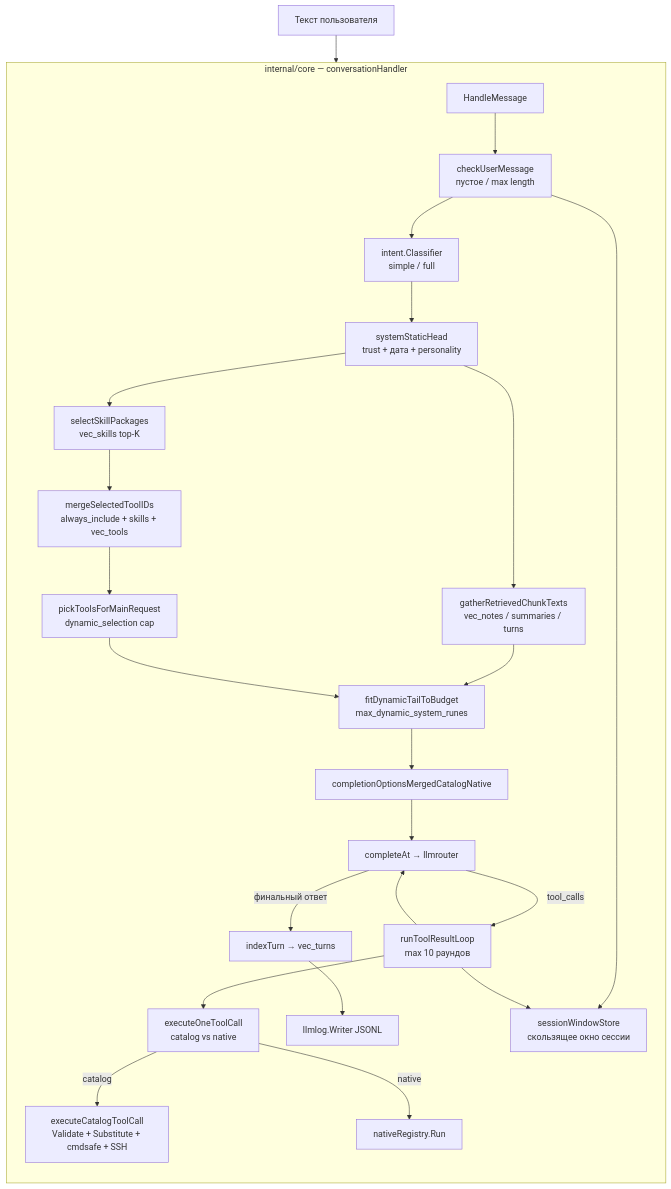
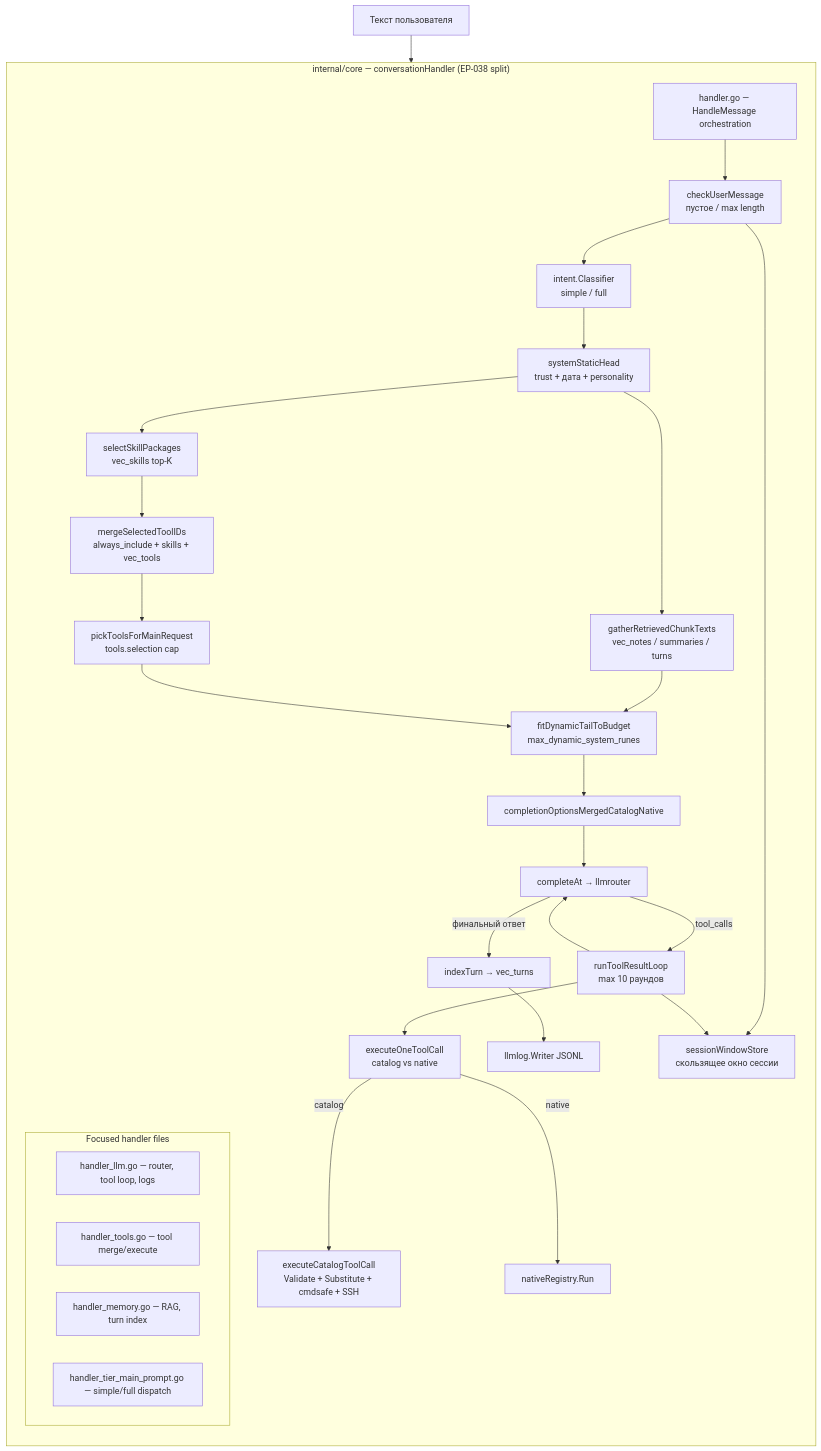
One commit to asubbot/personal-assistant changed the fourth of 10 diagrams in docs/architecture-ru.md. Above: the diagram before and after it, drawn with Mermaid. The commit also changed other lines of this file, not shown here.

Commit message:
docs: update architecture-ru after EP-038 handler split
Remove god-handler weakness; document EP-035..038 simplification and
handler file split in C4 diagram.

````diff
--- a/docs/architecture-ru.md
+++ b/docs/architecture-ru.md
@@ -156,41 +156,47 @@
 ```mermaid
 flowchart TB
-    subgraph core["internal/core — conversationHandler"]
+    subgraph core["internal/core — conversationHandler (EP-038 split)"]
         direction TB
-        H["HandleMessage"]
+        H["handler.go — HandleMessage orchestration"]
+        subgraph files["Focused handler files"]
+            LLM["handler_llm.go — router, tool loop, logs"]
+            TOOLS["handler_tools.go — tool merge/execute"]
+            MEM["handler_memory.go — RAG, turn index"]
+            TIER["handler_tier_main_prompt.go — simple/full dispatch"]
+        end
         C["checkUserMessage<br/>пустое / max length"]
         IC["intent.Classifier<br/>simple / full"]
         SH["systemStaticHead<br/>trust + дата + personality"]
         GR["gatherRetrievedChunkTexts<br/>vec_notes / summaries / turns"]
         SP["selectSkillPackages<br/>vec_skills top-K"]
         MT["mergeSelectedToolIDs<br/>always_include + skills + vec_tools"]
-        DT["pickToolsForMainRequest<br/>dynamic_selection cap"]
+        DT["pickToolsForMainRequest<br/>tools.selection cap"]
         FT["fitDynamicTailToBudget<br/>max_dynamic_system_runes"]
         OPT["completionOptionsMergedCatalogNative"]
         CR["completeAt → llmrouter"]
         LOOP["runToolResultLoop<br/>max 10 раундов"]
         ETC["executeOneToolCall<br/>catalog vs native"]
         CAT["executeCatalogToolCall<br/>Validate + Substitute + cmdsafe + SSH"]
         NTV["nativeRegistry.Run"]
         IDX["indexTurn → vec_turns"]
         SESS["sessionWindowStore<br/>скользящее окно сессии"]
         LLMLOG["llmlog.Writer JSONL"]
     end
 
     U[Текст пользователя] --> H --> C --> IC
     IC --> SH
     SH --> GR
     SH --> SP
     SP --> MT
     GR --> FT
     MT --> DT --> FT
     FT --> OPT --> CR
     CR -->|tool_calls| LOOP --> ETC
     ETC -->|catalog| CAT
     ETC -->|native| NTV
     LOOP --> CR
     CR -->|финальный ответ| IDX
     IDX --> LLMLOG
     C --> SESS
     LOOP --> SESS
 ```
````
